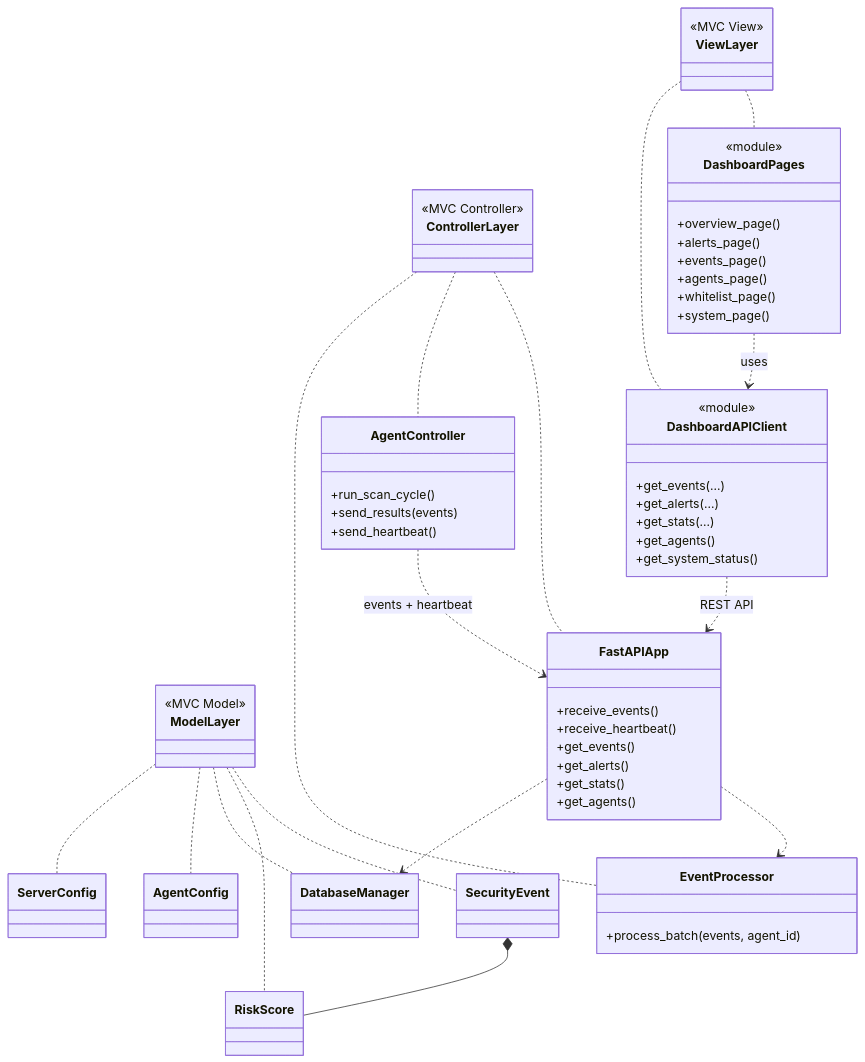
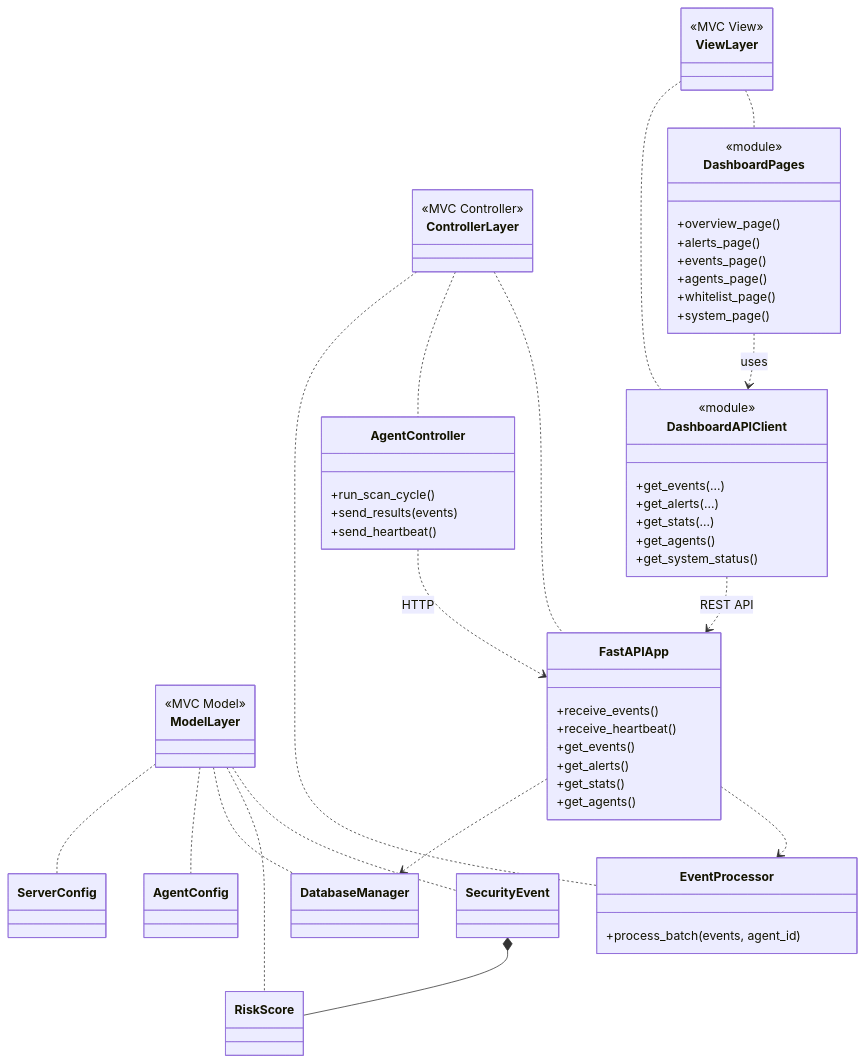
The first of 2 diagrams in uml4.md (kupetsovkn24-lgtm/HIDS), drawn with Mermaid before and after one commit. The commit also changed other lines of this file, not shown here.

First line of the commit message:
Revise UML diagrams for coursework

````diff
--- a/uml4.md
+++ b/uml4.md
@@ -159,78 +7,78 @@
 ```mermaid
 classDiagram
 direction TB
 
 class ViewLayer {
   <<MVC View>>
 }
 class ControllerLayer {
   <<MVC Controller>>
 }
 class ModelLayer {
   <<MVC Model>>
 }
 
 class DashboardPages {
   <<module>>
   +overview_page()
   +alerts_page()
   +events_page()
   +agents_page()
   +whitelist_page()
   +system_page()
 }
 
 class DashboardAPIClient {
   <<module>>
   +get_events(...)
   +get_alerts(...)
   +get_stats(...)
   +get_agents()
   +get_system_status()
 }
 
 class FastAPIApp {
   +receive_events()
   +receive_heartbeat()
   +get_events()
   +get_alerts()
   +get_stats()
   +get_agents()
 }
 
 class AgentController {
   +run_scan_cycle()
   +send_results(events)
   +send_heartbeat()
 }
 
 class EventProcessor {
   +process_batch(events, agent_id)
 }
 
 class SecurityEvent
 class RiskScore
 class DatabaseManager
 class AgentConfig
 class ServerConfig
 
 ViewLayer .. DashboardPages
 ViewLayer .. DashboardAPIClient
 
 ControllerLayer .. FastAPIApp
 ControllerLayer .. AgentController
 ControllerLayer .. EventProcessor
 
 ModelLayer .. SecurityEvent
 ModelLayer .. RiskScore
 ModelLayer .. DatabaseManager
 ModelLayer .. AgentConfig
 ModelLayer .. ServerConfig
 
 DashboardPages ..> DashboardAPIClient : uses
 DashboardAPIClient ..> FastAPIApp : REST API
-AgentController ..> FastAPIApp : events + heartbeat
+AgentController ..> FastAPIApp : HTTP
 FastAPIApp ..> EventProcessor
 FastAPIApp ..> DatabaseManager
 SecurityEvent *-- RiskScore
 ```
````
